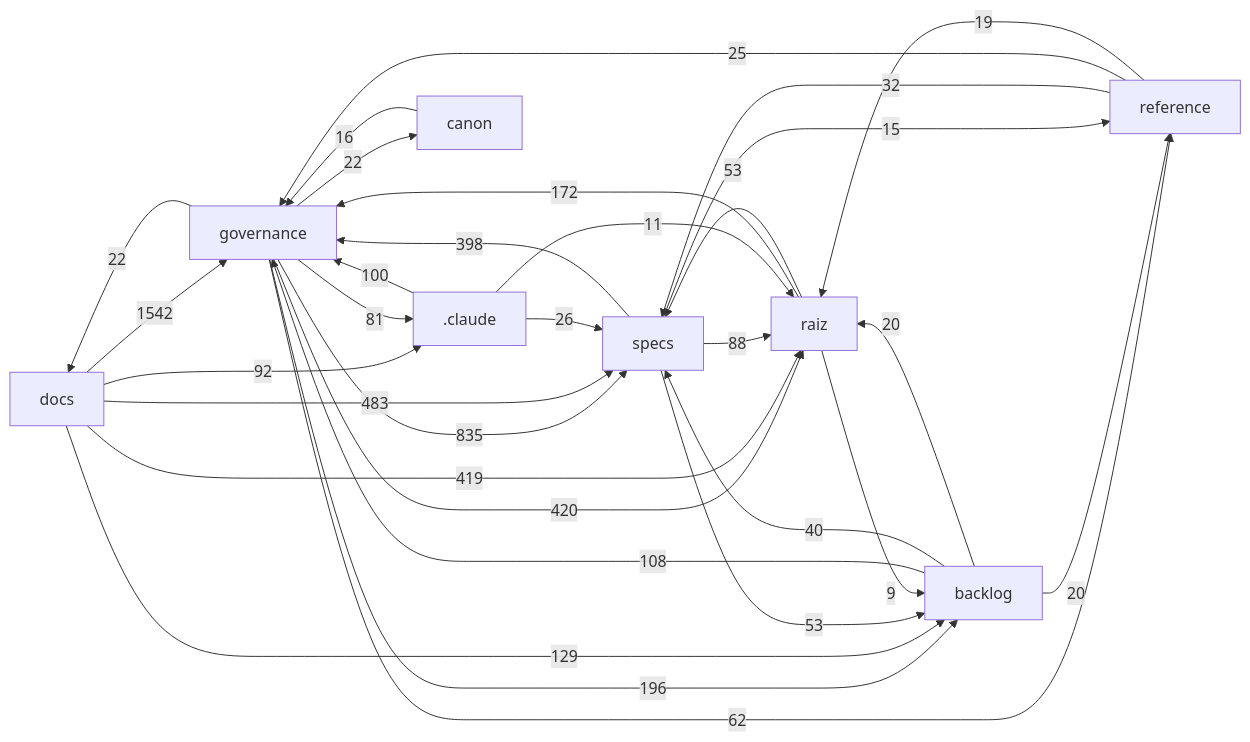
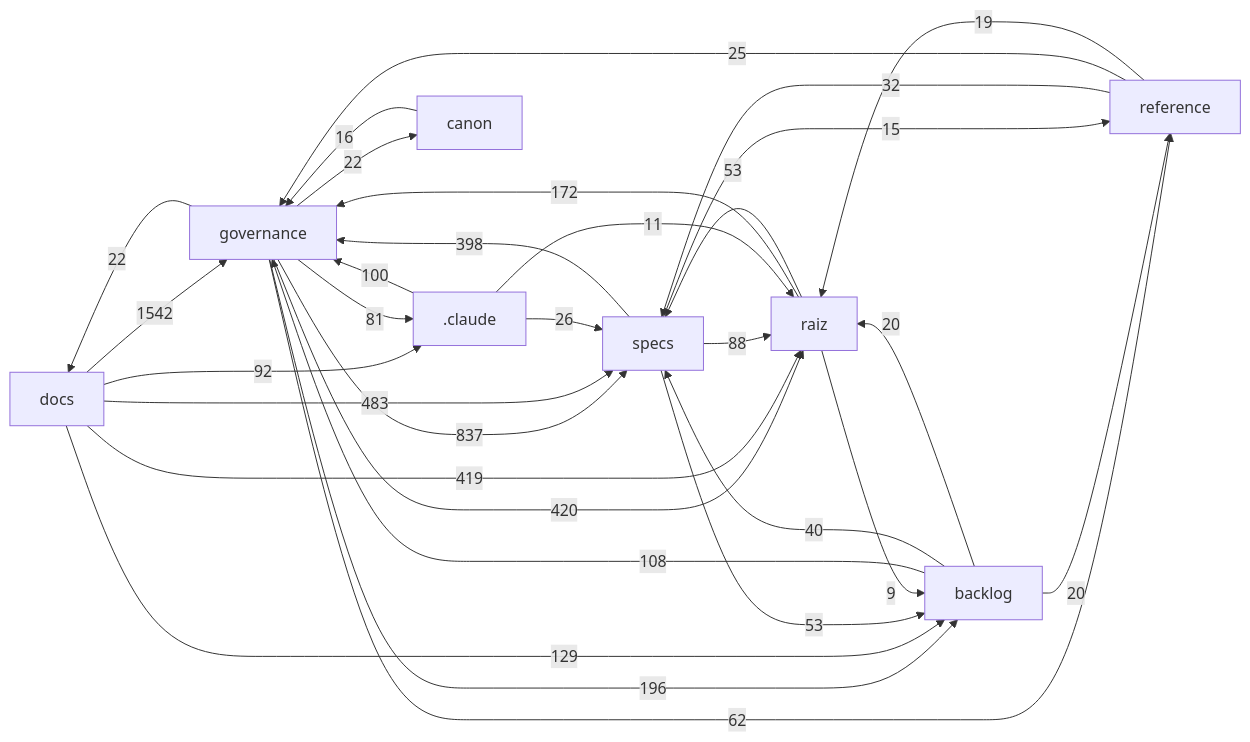
The diagram in docs/mapa/MAPA-PROJETO.md (Andraus35/Sistema-Operacional-de-Trading--SOT), drawn with Mermaid before and after one commit. The commit also changed other lines of this file and 2 other files, not shown here.

````diff
--- a/docs/mapa/MAPA-PROJETO.md
+++ b/docs/mapa/MAPA-PROJETO.md
@@ -29,33 +29,33 @@
 ```mermaid
 flowchart LR
   docs["docs"] -->|1542| governance["governance"]
-  governance["governance"] -->|835| specs["specs"]
+  governance["governance"] -->|837| specs["specs"]
   docs["docs"] -->|483| specs["specs"]
   governance["governance"] -->|420| raiz["raiz"]
   docs["docs"] -->|419| raiz["raiz"]
   specs["specs"] -->|398| governance["governance"]
   governance["governance"] -->|196| backlog["backlog"]
   raiz["raiz"] -->|172| governance["governance"]
   docs["docs"] -->|129| backlog["backlog"]
   backlog["backlog"] -->|108| governance["governance"]
   _claude[".claude"] -->|100| governance["governance"]
   docs["docs"] -->|92| _claude[".claude"]
   specs["specs"] -->|88| raiz["raiz"]
   governance["governance"] -->|81| _claude[".claude"]
   governance["governance"] -->|62| reference["reference"]
   raiz["raiz"] -->|53| specs["specs"]
   specs["specs"] -->|53| backlog["backlog"]
   backlog["backlog"] -->|40| specs["specs"]
   reference["reference"] -->|32| specs["specs"]
   _claude[".claude"] -->|26| specs["specs"]
   reference["reference"] -->|25| governance["governance"]
   governance["governance"] -->|22| docs["docs"]
   governance["governance"] -->|22| canon["canon"]
   backlog["backlog"] -->|20| raiz["raiz"]
   backlog["backlog"] -->|20| reference["reference"]
   reference["reference"] -->|19| raiz["raiz"]
   canon["canon"] -->|16| governance["governance"]
   specs["specs"] -->|15| reference["reference"]
   _claude[".claude"] -->|11| raiz["raiz"]
   raiz["raiz"] -->|9| backlog["backlog"]
 ```
````
